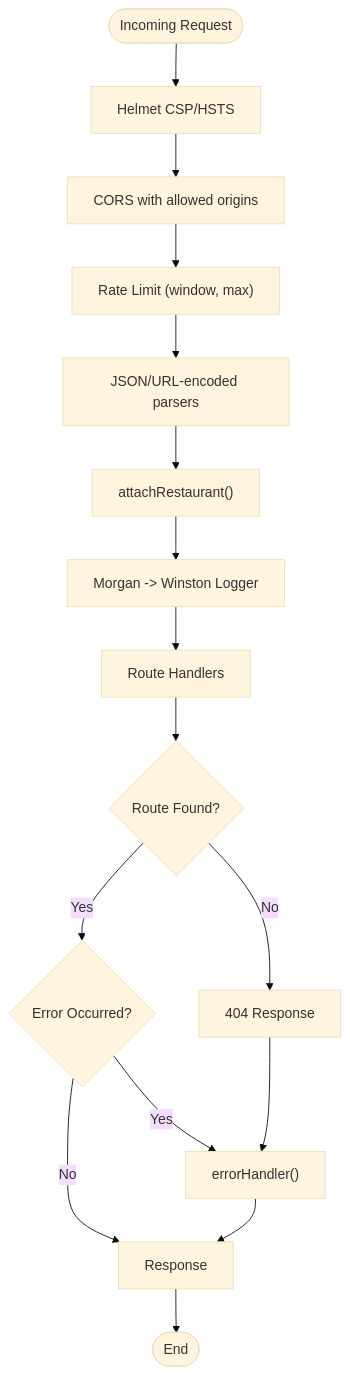
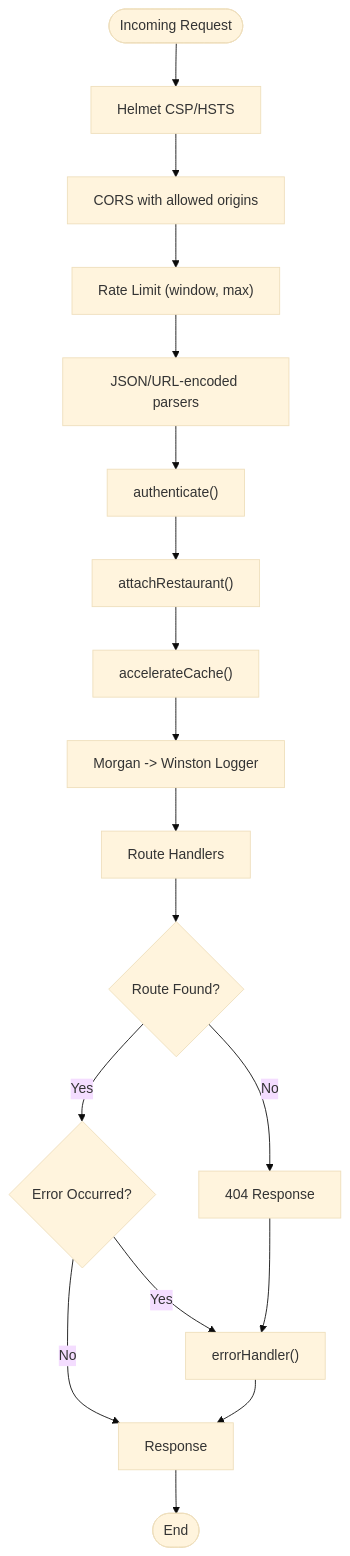
Before and after one commit to Dequeue-Tech/DeQ-Bite: the fourth of 11 diagrams in .qoder/repowiki/en/content/Backend System/Backend Architecture.md, drawn with Mermaid (base theme). The commit also changed other lines of this file and 25 other files, not shown here.

````diff
--- a/.qoder/repowiki/en/content/Backend System/Backend Architecture.md
+++ b/.qoder/repowiki/en/content/Backend System/Backend Architecture.md
@@ -168,18 +189,20 @@
 ```mermaid
 flowchart TD
 Start(["Incoming Request"]) --> Helmet["Helmet CSP/HSTS"]
 Helmet --> CORS["CORS with allowed origins"]
 CORS --> RateLimit["Rate Limit (window, max)"]
 RateLimit --> BodyParse["JSON/URL-encoded parsers"]
-BodyParse --> Tenant["attachRestaurant()"]
-Tenant --> Morgan["Morgan -> Winston Logger"]
+BodyParse --> Auth["authenticate()"]
+Auth --> Restaurant["attachRestaurant()"]
+Restaurant --> Cache["accelerateCache()"]
+Cache --> Morgan["Morgan -> Winston Logger"]
 Morgan --> Routes["Route Handlers"]
 Routes --> NotFound{"Route Found?"}
 NotFound --> |No| NotF["404 Response"]
 NotFound --> |Yes| ErrorCheck{"Error Occurred?"}
 ErrorCheck --> |Yes| EH["errorHandler()"]
 ErrorCheck --> |No| Resp["Response"]
 EH --> Resp
 NotF --> EH
 Resp --> End(["End"])
 ```
````
